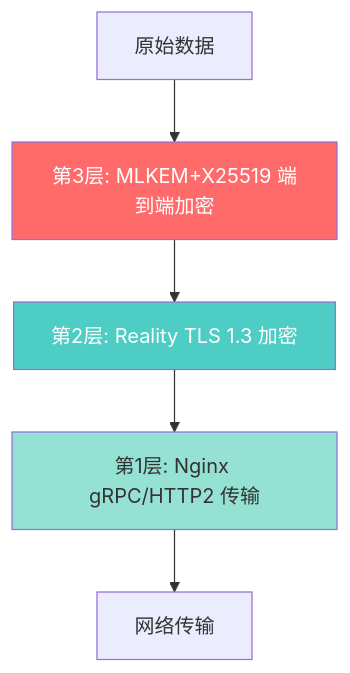
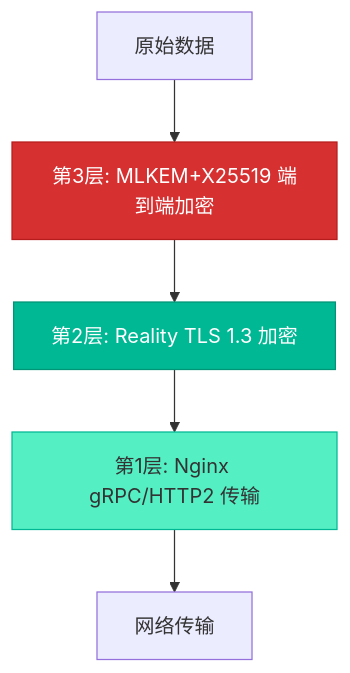
Diagram 15 of 17 in docs/02-protocols-and-security.md (currycan/sb-xray), drawn with Mermaid before and after one commit. The commit also changed other lines of this file and 5 other files, not shown here.

````diff
--- a/docs/02-protocols-and-security.md
+++ b/docs/02-protocols-and-security.md
@@ -621,11 +621,11 @@
 ```mermaid
-graph TD
+flowchart TD
     Data["原始数据"] --> Layer3["第3层: MLKEM+X25519 端到端加密"]
     Layer3 --> Layer2["第2层: Reality TLS 1.3 加密"]
     Layer2 --> Layer1["第1层: Nginx gRPC/HTTP2 传输"]
     Layer1 --> Network["网络传输"]
 
-    style Layer3 fill:#ff6b6b,color:white
-    style Layer2 fill:#4ecdc4,color:white
-    style Layer1 fill:#95e1d3
+    style Layer3 fill:#d63031,stroke:#b71c1c,color:#fff
+    style Layer2 fill:#00b894,stroke:#009577,color:#fff
+    style Layer1 fill:#55efc4,stroke:#00b894,color:#333
 ```
````
